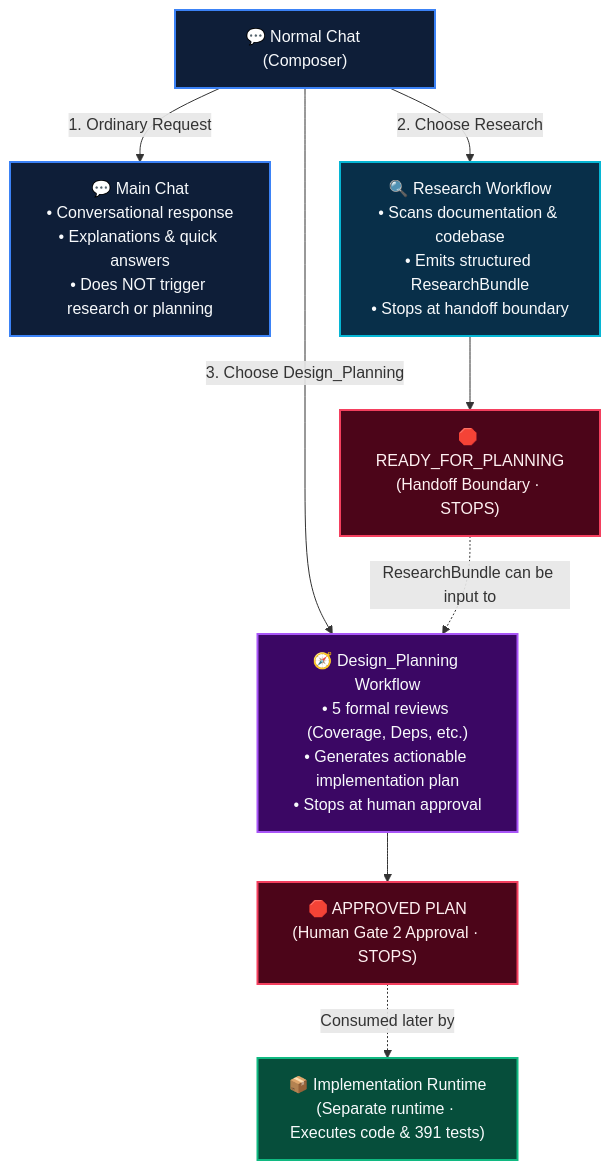
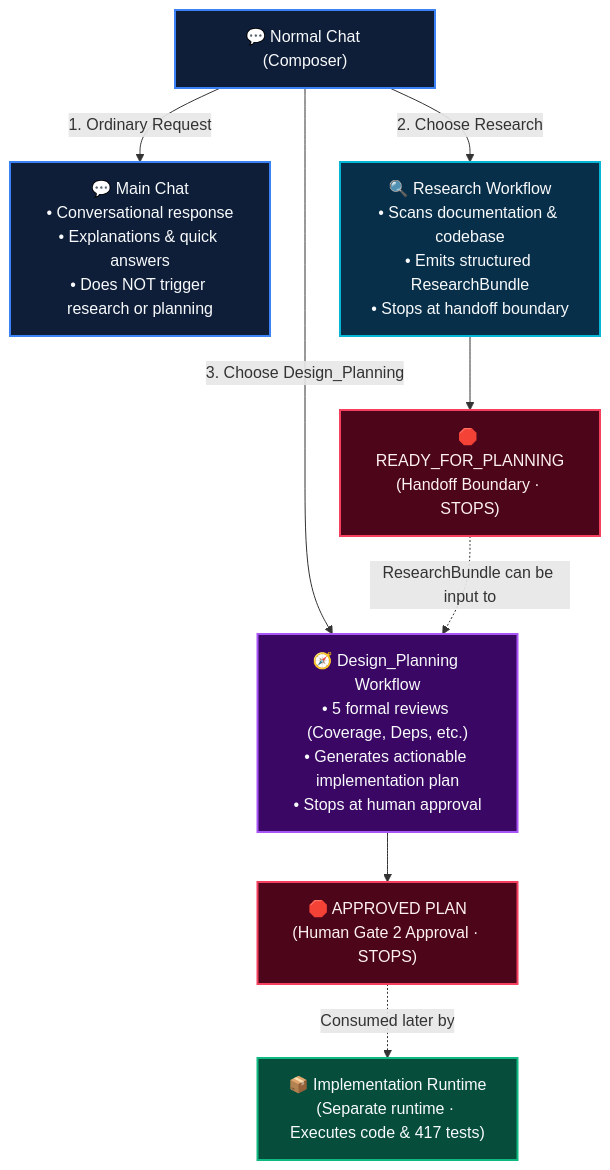
The first of 4 diagrams in DIAGRAM.md (itz1508/oneshot_e2e), drawn with Mermaid before and after one commit. The commit also changed other lines of this file and 49 other files, not shown here.

````diff
--- a/DIAGRAM.md
+++ b/DIAGRAM.md
@@ -11,30 +11,30 @@
 ```mermaid
 flowchart TD
     NORMAL_CHAT["💬 Normal Chat (Composer)"]
     
     NORMAL_CHAT -->|"1. Ordinary Request"| MAIN_CHAT["💬 Main Chat\n• Conversational response\n• Explanations & quick answers\n• Does NOT trigger research or planning"]
     
     NORMAL_CHAT -->|"2. Choose Research"| RES_FLOW["🔍 Research Workflow\n• Scans documentation & codebase\n• Emits structured ResearchBundle\n• Stops at handoff boundary"]
     
     NORMAL_CHAT -->|"3. Choose Design_Planning"| PLAN_FLOW["🧭 Design_Planning Workflow\n• 5 formal reviews (Coverage, Deps, etc.)\n• Generates actionable implementation plan\n• Stops at human approval"]
 
     RES_FLOW --> READY_FOR_PLANNING["🛑 READY_FOR_PLANNING\n(Handoff Boundary · STOPS)"]
     
     READY_FOR_PLANNING -.->|"ResearchBundle can be input to"| PLAN_FLOW
     
     PLAN_FLOW --> APPROVED_PLAN["🛑 APPROVED PLAN\n(Human Gate 2 Approval · STOPS)"]
     
-    APPROVED_PLAN -.->|"Consumed later by"| IMPL_RT["📦 Implementation Runtime\n(Separate runtime · Executes code & 391 tests)"]
+    APPROVED_PLAN -.->|"Consumed later by"| IMPL_RT["📦 Implementation Runtime\n(Separate runtime · Executes code & 417 tests)"]
 
     classDef chat fill:#0e1e38,stroke:#3b82f6,stroke-width:2px,color:#f8fafc;
     classDef res fill:#082f49,stroke:#06b6d4,stroke-width:2px,color:#f8fafc;
     classDef plan fill:#3b0764,stroke:#a855f7,stroke-width:2px,color:#f8fafc;
     classDef stop fill:#4c0519,stroke:#f43f5e,stroke-width:2px,color:#fff1f2;
     classDef exec fill:#064e3b,stroke:#10b981,stroke-width:2px,color:#f8fafc;
 
     class NORMAL_CHAT,MAIN_CHAT chat;
     class RES_FLOW res;
     class PLAN_FLOW plan;
     class READY_FOR_PLANNING,APPROVED_PLAN stop;
     class IMPL_RT exec;
 ```
````
